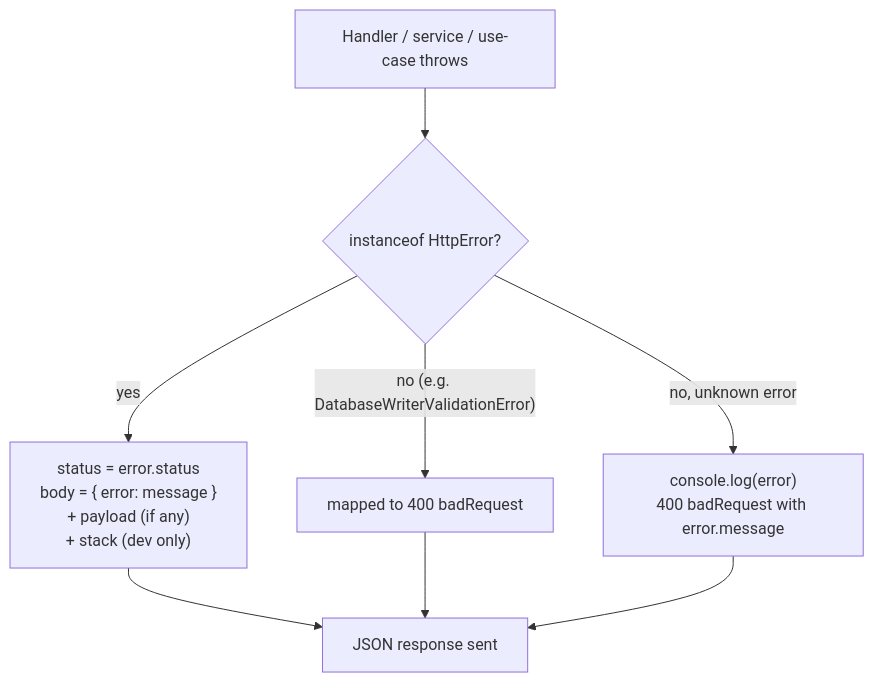
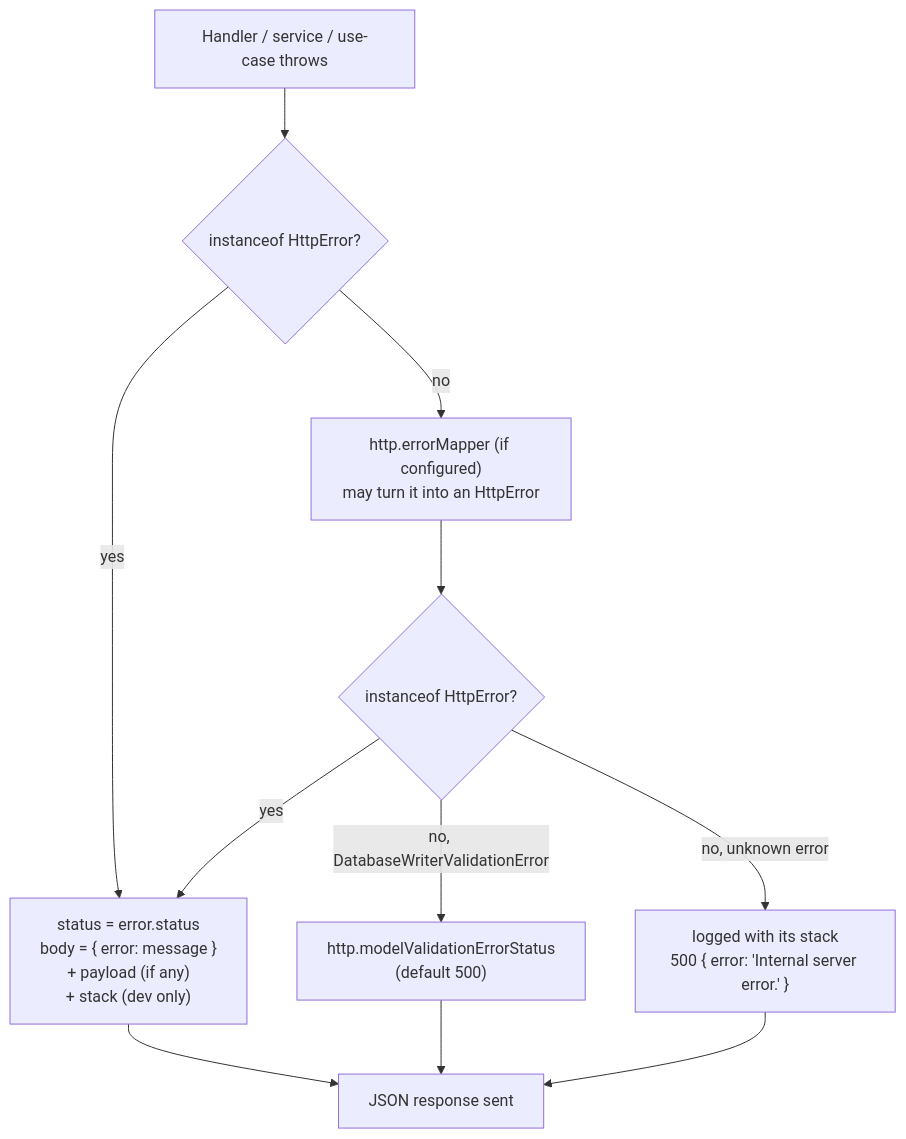
The diagram in docs/src/content/docs/v/latest/core/digging-deeper/error-handling.md (warlockjs/framework), drawn with Mermaid before and after one commit. The commit also changed other lines of this file and 50 other files, not shown here.

````diff
--- a/docs/src/content/docs/v/latest/core/digging-deeper/error-handling.md
+++ b/docs/src/content/docs/v/latest/core/digging-deeper/error-handling.md
@@ -123,10 +123,13 @@
 ```mermaid
 flowchart TD
-  A["Handler / service / use-case throws"] --> B{"instanceof HttpError?"}
+  A["Handler / service / use-case throws"] --> M{"instanceof HttpError?"}
+  M -- "no" --> N["http.errorMapper (if configured)<br/>may turn it into an HttpError"]
+  M -- "yes" --> C
+  N --> B{"instanceof HttpError?"}
   B -- "yes" --> C["status = error.status<br/>body = { error: message }<br/>+ payload (if any)<br/>+ stack (dev only)"]
-  B -- "no (e.g. DatabaseWriterValidationError)" --> D["mapped to 400 badRequest"]
-  B -- "no, unknown error" --> E["console.log(error)<br/>400 badRequest with error.message"]
+  B -- "no, DatabaseWriterValidationError" --> D["http.modelValidationErrorStatus<br/>(default 500)"]
+  B -- "no, unknown error" --> E["logged with its stack<br/>500 { error: 'Internal server error.' }"]
   C --> F["JSON response sent"]
   D --> F
   E --> F
 ```
````
